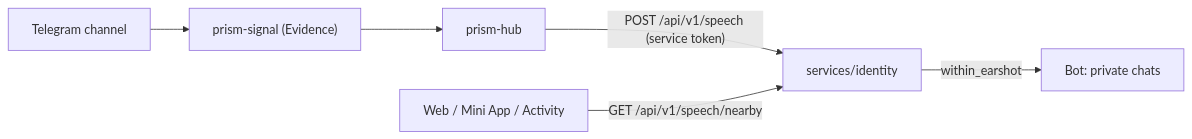
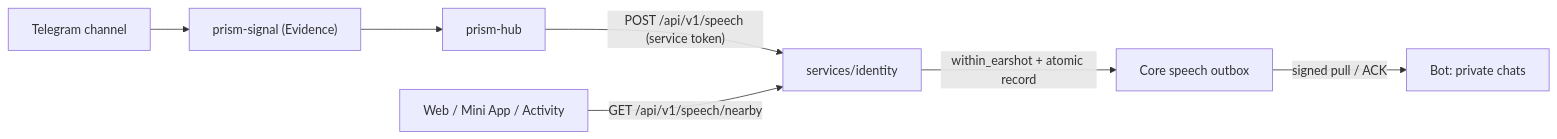
The diagram in docs/spoken-lines.md (nilx-one/web), drawn with Mermaid before and after one commit. The commit also changed other lines of this file and 4 other files, not shown here.

First line of the commit message:
feat(speech): replace Web Telegram relay with Core outbox producer (#691)

````diff
--- a/docs/spoken-lines.md
+++ b/docs/spoken-lines.md
@@ -27,8 +27,9 @@
 ```mermaid
 flowchart LR
     Channel["Telegram channel"] --> Signal["prism-signal (Evidence)"]
     Signal --> Hub["prism-hub"]
     Hub -->|"POST /api/v1/speech (service token)"| Identity["services/identity"]
-    Identity -->|"within_earshot"| Telegram["Bot: private chats"]
+    Identity -->|"within_earshot + atomic record"| Outbox["Core speech outbox"]
+    Outbox -->|"signed pull / ACK"| Telegram["Bot: private chats"]
     Client["Web / Mini App / Activity"] -->|"GET /api/v1/speech/nearby"| Identity
 ```
````
